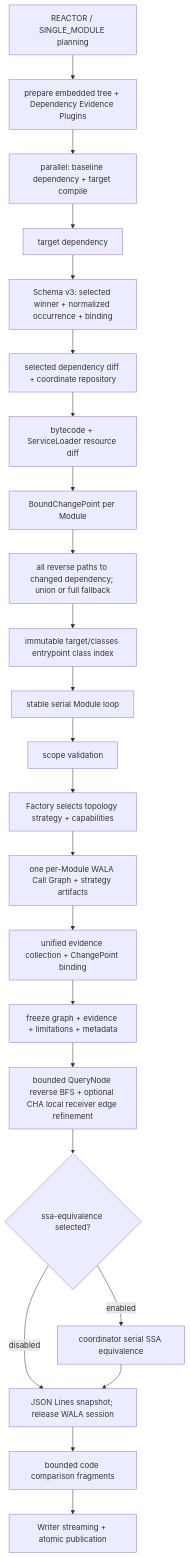
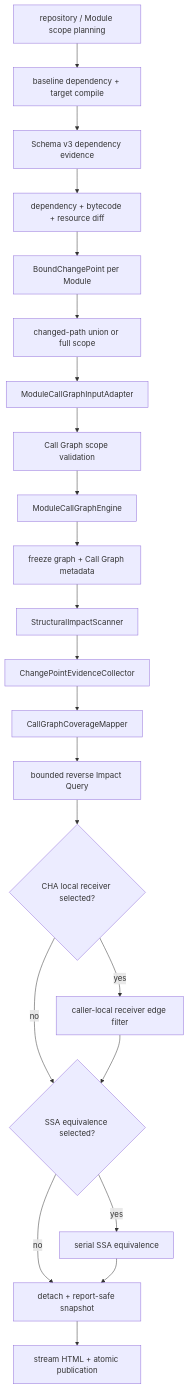
The second of 2 diagrams in wiki/architecture/dependency-analysis-pipelines.md (ymyii/change-impact-analyze), drawn with Mermaid before and after one commit. The commit also changed other lines of this file and 403 other files, not shown here.

First line of the commit message:
refactor(callgraph)!: isolate supported graph strategies

````diff
--- a/wiki/architecture/dependency-analysis-pipelines.md
+++ b/wiki/architecture/dependency-analysis-pipelines.md
@@ -72,25 +60,24 @@
 ```mermaid
 flowchart TD
-  Scope["REACTOR / SINGLE_MODULE planning"] --> Plugin["prepare embedded tree + Dependency Evidence Plugins"]
-  Plugin --> Front
-  Front["parallel: baseline dependency + target compile"] --> TargetDep["target dependency"]
-  TargetDep --> Evidence["Schema v3: selected winner + normalized occurrence + binding"]
-  Evidence --> DepDiff["selected dependency diff + coordinate repository"]
-  DepDiff --> JarDiff["bytecode + ServiceLoader resource diff"]
-  JarDiff --> Bind["BoundChangePoint per Module"]
-  Bind --> PathPlan["all reverse paths to changed dependency; union or full fallback"]
-  PathPlan --> EntrySelection["immutable target/classes entrypoint class index"]
-  EntrySelection --> ModuleSerial["stable serial Module loop"]
-  ModuleSerial --> ScopeValidation["scope validation"]
-  ScopeValidation --> Strategy["Factory selects topology strategy + capabilities"]
-  Strategy --> CFA["one per-Module WALA Call Graph + strategy artifacts"]
-  CFA --> Collector["unified evidence collection + ChangePoint binding"]
-  Collector --> Session["freeze graph + evidence + limitations + metadata"]
-  Session --> Query["bounded QueryNode reverse BFS + optional CHA local receiver edge refinement"]
-  Query --> Semantic{"ssa-equivalence selected?"}
-  Semantic -->|enabled| SSA["coordinator serial SSA equivalence"]
-  Semantic -->|disabled| Spill["JSON Lines snapshot; release WALA session"]
+  Scope["repository / Module scope planning"] --> Prepare["baseline dependency + target compile"]
+  Prepare --> Evidence["Schema v3 dependency evidence"]
+  Evidence --> Diff["dependency + bytecode + resource diff"]
+  Diff --> Bind["BoundChangePoint per Module"]
+  Bind --> PathPlan["changed-path union or full scope"]
+  PathPlan --> Input["ModuleCallGraphInputAdapter"]
+  Input --> Validate["Call Graph scope validation"]
+  Validate --> Build["ModuleCallGraphEngine"]
+  Build --> Metadata["freeze graph + Call Graph metadata"]
+  Metadata --> Structural["StructuralImpactScanner"]
+  Structural --> Collector["ChangePointEvidenceCollector"]
+  Collector --> Coverage["CallGraphCoverageMapper"]
+  Coverage --> Query["bounded reverse Impact Query"]
+  Query --> Local{"CHA local receiver selected?"}
+  Local -->|yes| ChaRefine["caller-local receiver edge filter"]
+  Local -->|no| SSAChoice{"SSA equivalence selected?"}
+  ChaRefine --> SSAChoice
+  SSAChoice -->|yes| SSA["serial SSA equivalence"]
+  SSAChoice -->|no| Spill["detach + report-safe snapshot"]
   SSA --> Spill
-  Spill --> Decompile["bounded code comparison fragments"]
-  Decompile --> Report["Writer streaming + atomic publication"]
+  Spill --> Report["stream HTML + atomic publication"]
 ```
````
